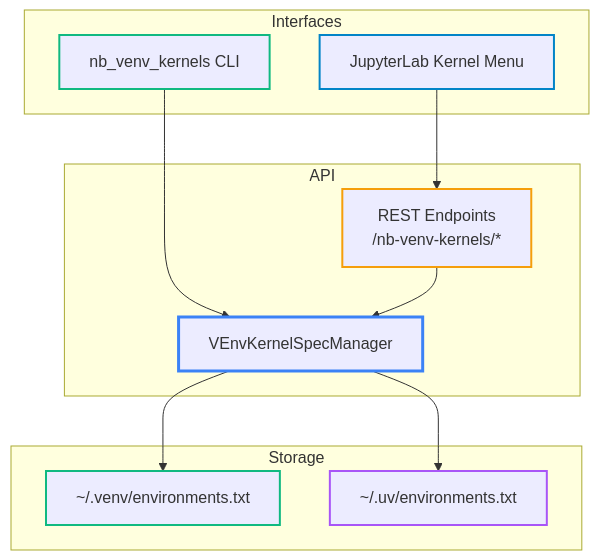
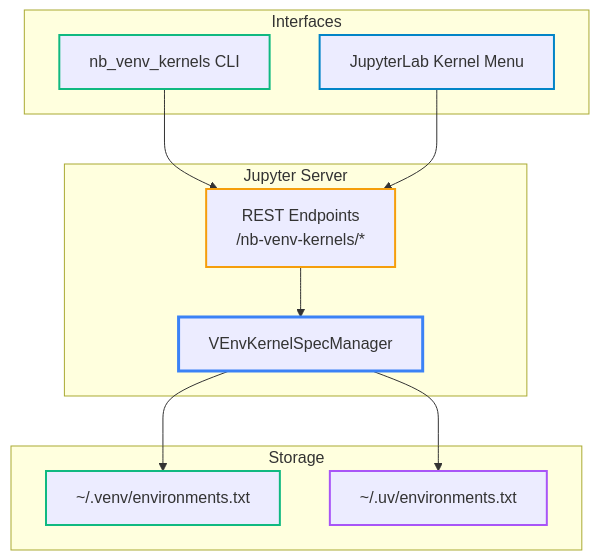
The second of 2 diagrams in README.md (stellarshenson/nb_venv_kernels), drawn with Mermaid before and after one commit. The commit also changed other lines of this file and 4 other files, not shown here.

First line of the commit message:
feat: unified CLI/API architecture - single code path

````diff
--- a/README.md
+++ b/README.md
@@ -206,30 +206,30 @@
 ```mermaid
 flowchart TB
     subgraph Interfaces
         CLI[nb_venv_kernels CLI]
         MENU[JupyterLab Kernel Menu]
     end
 
-    subgraph API
+    subgraph Server[Jupyter Server]
         REST[REST Endpoints<br>/nb-venv-kernels/*]
         MGR[VEnvKernelSpecManager]
     end
 
     subgraph Storage
         VENV_REG[~/.venv/environments.txt]
         UV_REG[~/.uv/environments.txt]
     end
 
-    CLI --> MGR
+    CLI --> REST
     MENU --> REST
     REST --> MGR
     MGR --> VENV_REG
     MGR --> UV_REG
 
     style CLI stroke:#10b981,stroke-width:2px
     style MENU stroke:#0284c7,stroke-width:2px
     style REST stroke:#f59e0b,stroke-width:2px
     style MGR stroke:#3b82f6,stroke-width:3px
     style VENV_REG stroke:#10b981,stroke-width:2px
     style UV_REG stroke:#a855f7,stroke-width:2px
 ```
````
